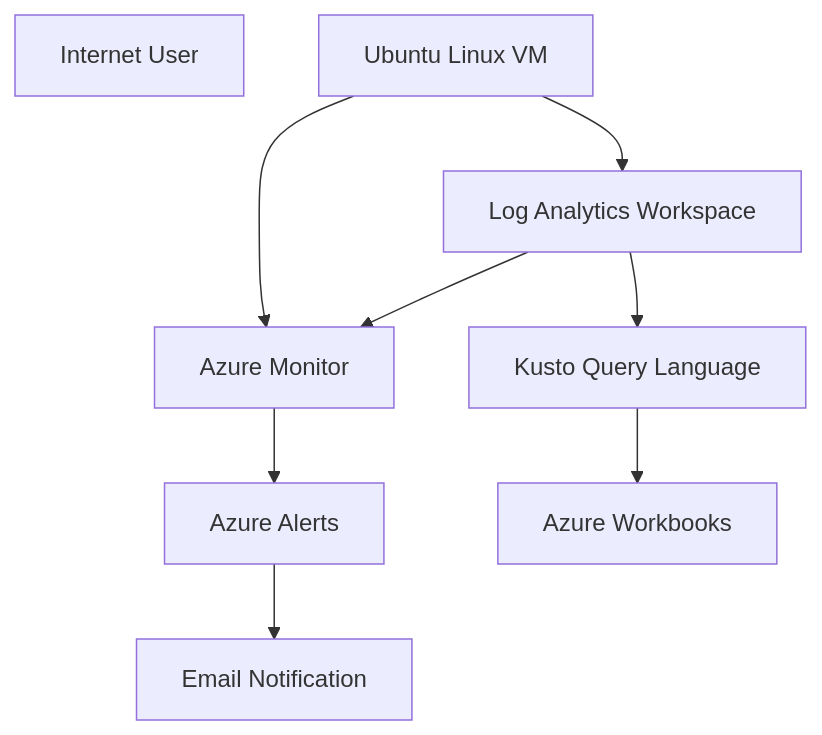
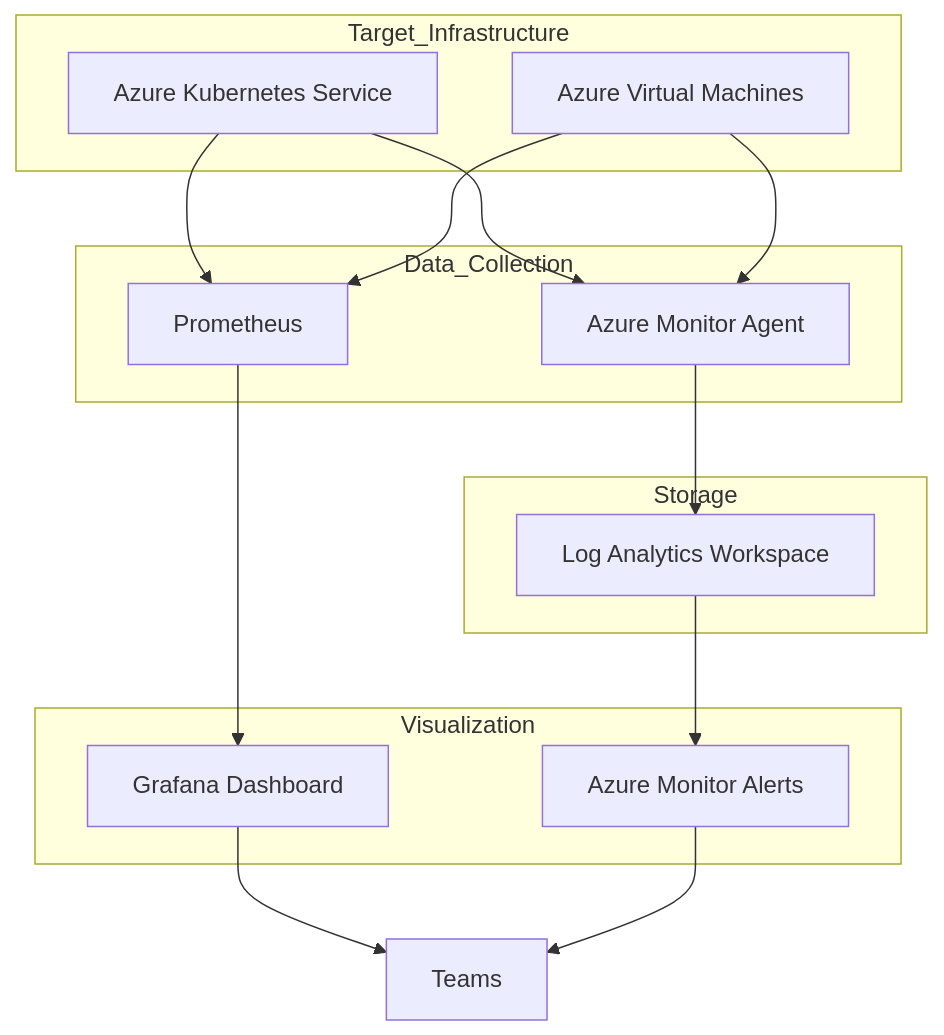
The diagram in README.md (Akamitt009/production-azure-monitoring-platform), drawn with Mermaid before and after one commit. The commit also changed other lines of this file, not shown here.

````diff
--- a/README.md
+++ b/README.md
@@ -92,34 +94,52 @@
 ```mermaid
 graph TD
 
-User[Internet User]
+subgraph Target_Infrastructure
 
-VM[Ubuntu Linux VM]
+AKS[Azure Kubernetes Service]
+
+VMs[Azure Virtual Machines]
+
+end
+
+subgraph Data_Collection
+
+Prom[Prometheus]
+
+AMA[Azure Monitor Agent]
+
+end
+
+subgraph Storage
 
 LAW[Log Analytics Workspace]
 
-Monitor[Azure Monitor]
+end
 
-Alert[Azure Alerts]
+subgraph Visualization
 
-KQL[Kusto Query Language]
+Grafana[Grafana Dashboard]
 
-Workbook[Azure Workbooks]
+AM[Azure Monitor Alerts]
 
-Email[Email Notification]
+end
 
-VM --> LAW
+AKS --> Prom
 
-LAW --> Monitor
+VMs --> Prom
 
-Monitor --> Alert
+AKS --> AMA
 
-Alert --> Email
+VMs --> AMA
 
-LAW --> KQL
+AMA --> LAW
 
-KQL --> Workbook
+Prom --> Grafana
 
-VM --> Monitor
+LAW --> AM
+
+Grafana --> Teams
+
+AM --> Teams
 
 ```
````
